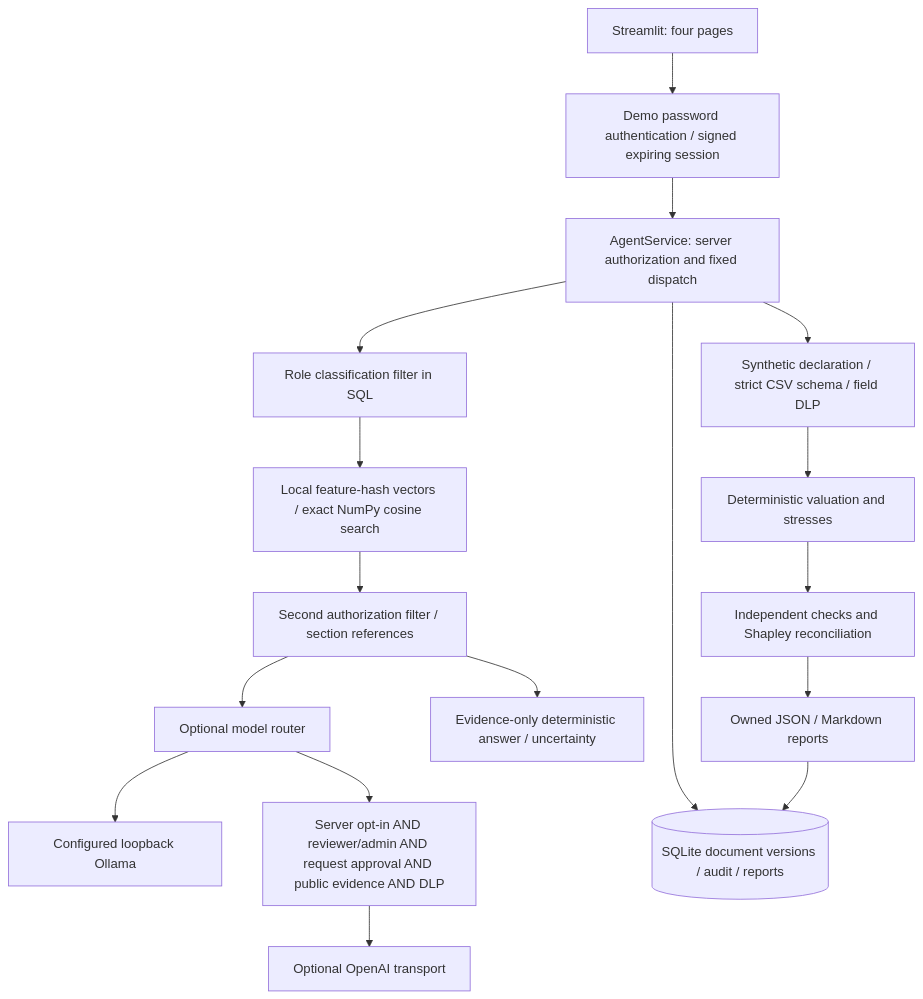
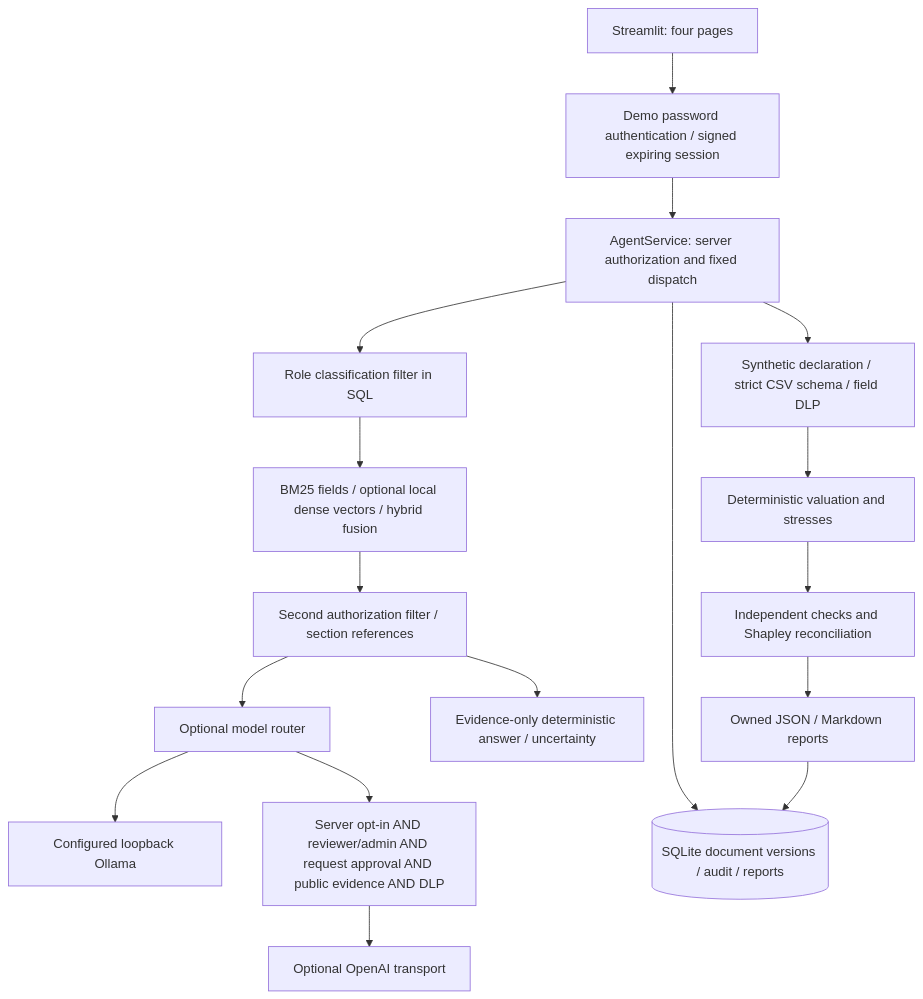
The diagram in docs/architecture.md (woming98/hkrbc-actuarial-ai-agent), drawn with Mermaid before and after one commit. The commit also changed other lines of this file and 44 other files, not shown here.

````diff
--- a/docs/architecture.md
+++ b/docs/architecture.md
@@ -5,19 +5,19 @@
 ```mermaid
 flowchart TD
     UI[Streamlit: four pages] --> Auth[Demo password authentication / signed expiring session]
     Auth --> Service[AgentService: server authorization and fixed dispatch]
     Service --> Upload[Synthetic declaration / strict CSV schema / field DLP]
     Upload --> Calc[Deterministic valuation and stresses]
     Calc --> Validate[Independent checks and Shapley reconciliation]
     Validate --> Report[Owned JSON / Markdown reports]
     Service --> Policy[Role classification filter in SQL]
-    Policy --> Index[Local feature-hash vectors / exact NumPy cosine search]
+    Policy --> Index[BM25 fields / optional local dense vectors / hybrid fusion]
     Index --> Post[Second authorization filter / section references]
     Post --> Answer[Evidence-only deterministic answer / uncertainty]
     Post --> Route[Optional model router]
     Route --> Local[Configured loopback Ollama]
     Route --> Gate[Server opt-in AND reviewer/admin AND request approval AND public evidence AND DLP]
     Gate --> External[Optional OpenAI transport]
     Service --> SQLite[(SQLite document versions / audit / reports)]
     Report --> SQLite
 ```
````
